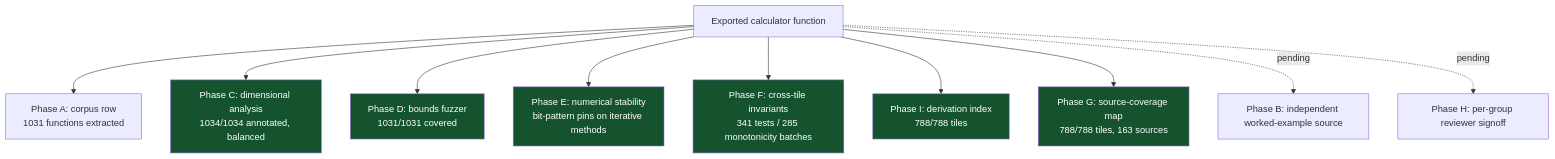
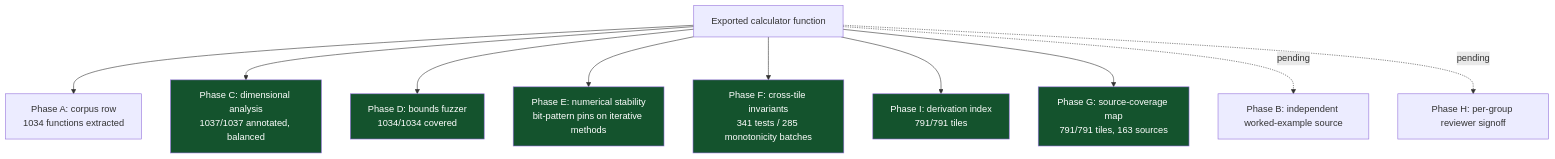
Before and after one commit to clay-good/roughlogic.com: the sixth of 8 diagrams in README.md, drawn with Mermaid. The commit also changed other lines of this file and 19 other files, not shown here.

First line of the commit message:
feat(refrigerant): land spec-v320..v322 -- 3 refrigeration-cycle tiles (refrigerant-mass-flow, refrigeration-cop, condenser-heat-rejection); 788 -> 791 tiles, 0.113.0

````diff
--- a/README.md
+++ b/README.md
@@ -519,18 +519,18 @@
 ```mermaid
 flowchart TB
-    F[Exported calculator function] --> A[Phase A: corpus row\n1031 functions extracted]
-    F --> C[Phase C: dimensional analysis\n1034/1034 annotated, balanced]
-    F --> D[Phase D: bounds fuzzer\n1031/1031 covered]
+    F[Exported calculator function] --> A[Phase A: corpus row\n1034 functions extracted]
+    F --> C[Phase C: dimensional analysis\n1037/1037 annotated, balanced]
+    F --> D[Phase D: bounds fuzzer\n1034/1034 covered]
     F --> E[Phase E: numerical stability\nbit-pattern pins on iterative methods]
     F --> Fa[Phase F: cross-tile invariants\n341 tests / 285 monotonicity batches]
-    F --> I[Phase I: derivation index\n788/788 tiles]
-    F --> G[Phase G: source-coverage map\n788/788 tiles, 163 sources]
+    F --> I[Phase I: derivation index\n791/791 tiles]
+    F --> G[Phase G: source-coverage map\n791/791 tiles, 163 sources]
     F -.pending.-> B[Phase B: independent worked-example source]
     F -.pending.-> H[Phase H: per-group reviewer signoff]
     style C fill:#14532d,color:#fff
     style D fill:#14532d,color:#fff
     style E fill:#14532d,color:#fff
     style Fa fill:#14532d,color:#fff
     style G fill:#14532d,color:#fff
     style I fill:#14532d,color:#fff
 ```
````
